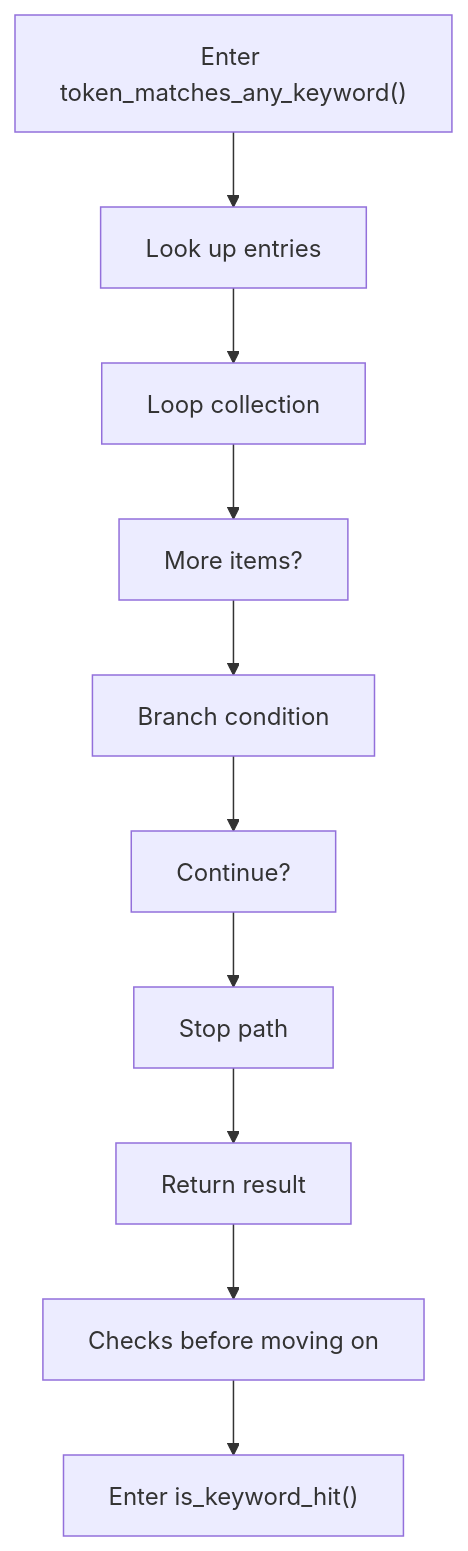
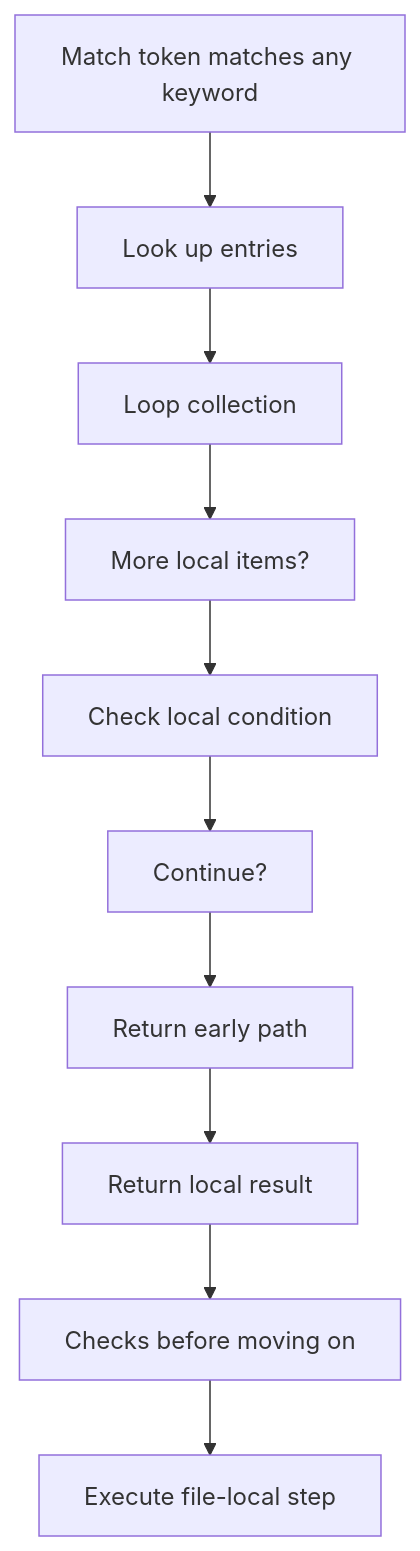
One commit to JohnAndrewBalbarosa/NeoTerritory changed the second of 7 diagrams in docs/Codebase/Microservice/Modules/Source/Analysis/Lexical/StructuralHooks/Flow/lexical_structure_hooks_program_flow.cpp.md. Above: the diagram before and after it, drawn with Mermaid. The commit also changed other lines of this file and 925 other files, not shown here.

````diff
--- a/docs/Codebase/Microservice/Modules/Source/Analysis/Lexical/StructuralHooks/Flow/lexical_structure_hooks_program_flow.cpp.md
+++ b/docs/Codebase/Microservice/Modules/Source/Analysis/Lexical/StructuralHooks/Flow/lexical_structure_hooks_program_flow.cpp.md
@@ -41,22 +41,22 @@
 ```mermaid
 flowchart TD
-    N0["Enter token_matches_any_keyword()"]
+    N0["Match token matches any keyword"]
     N1["Look up entries"]
     N2["Loop collection"]
-    N3["More items?"]
-    N4["Branch condition"]
+    N3["More local items?"]
+    N4["Check local condition"]
     N5["Continue?"]
-    N6["Stop path"]
-    N7["Return result"]
+    N6["Return early path"]
+    N7["Return local result"]
     N8["Checks before moving on"]
-    N9["Enter is_keyword_hit()"]
+    N9["Execute file-local step"]
     N0 --> N1
     N1 --> N2
     N2 --> N3
     N3 --> N4
     N4 --> N5
     N5 --> N6
     N6 --> N7
     N7 --> N8
     N8 --> N9
 ```
````
